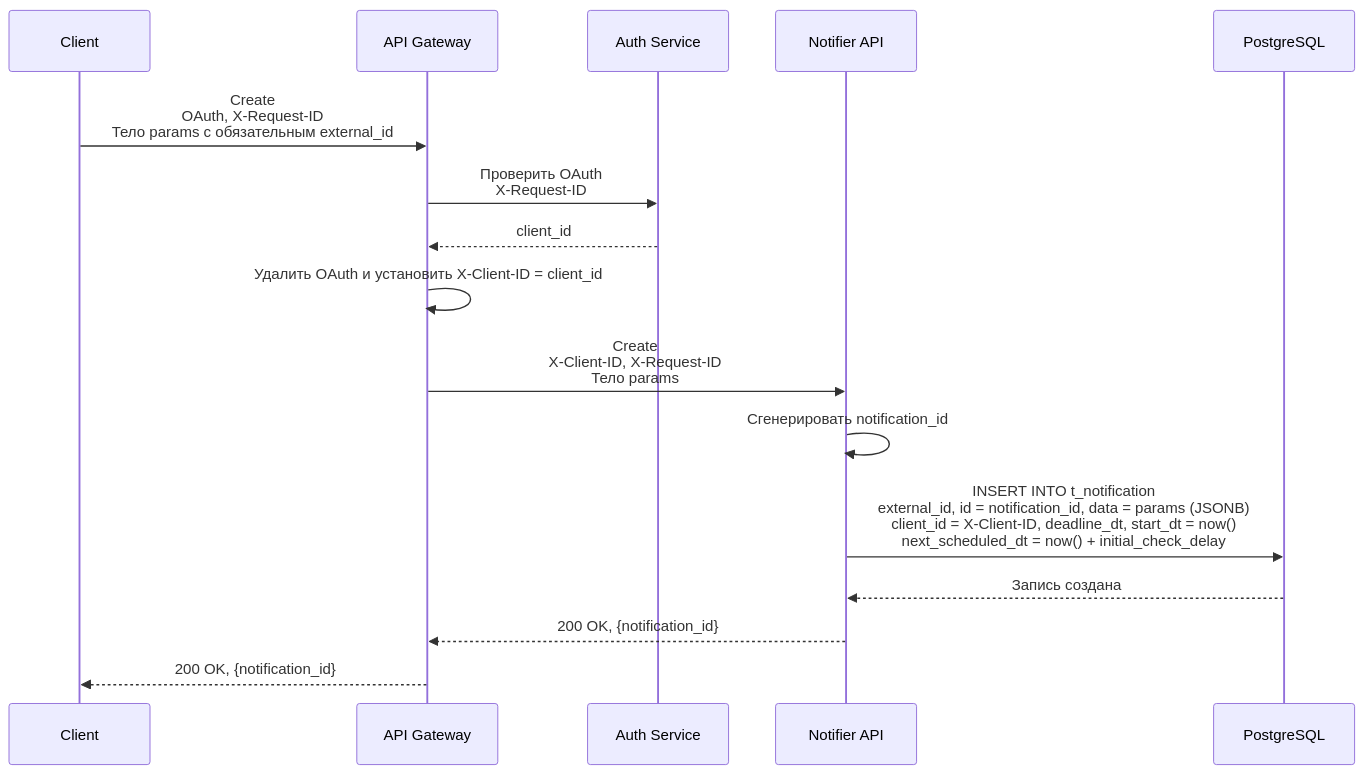
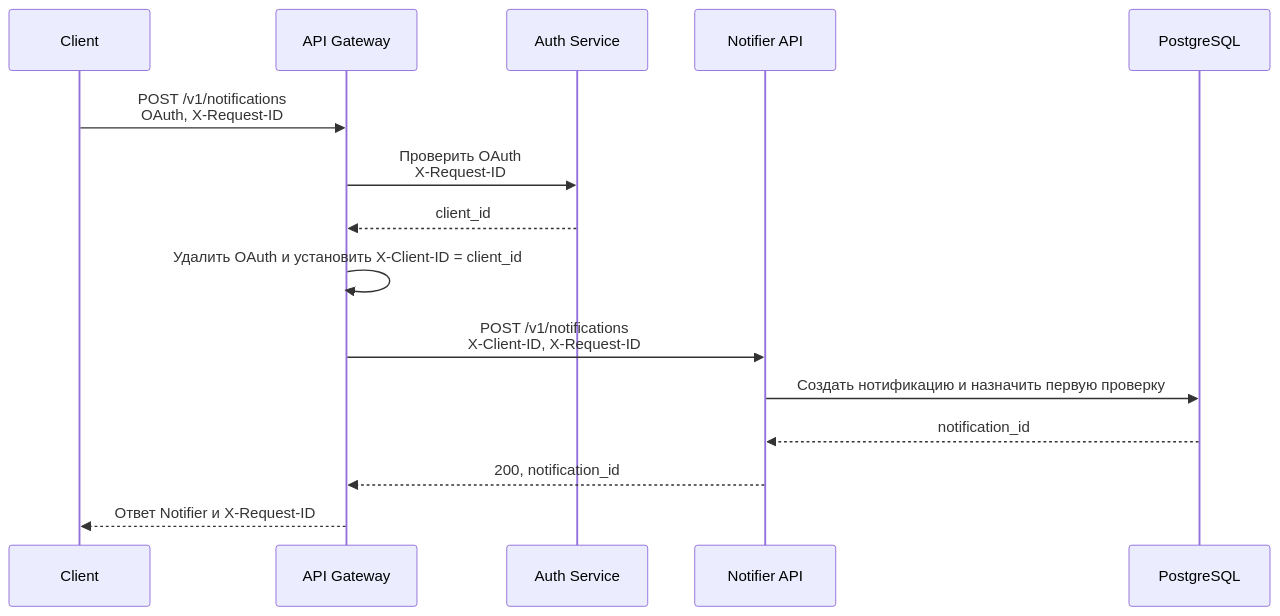
Before and after one commit to ssunshineguy/notifier: the first of 6 diagrams in README.md, drawn with Mermaid. The commit also changed other lines of this file, not shown here.

Commit message:
Update README diagrams and local development instructions

````diff
--- a/README.md
+++ b/README.md
@@ -36,19 +52,18 @@
 ```mermaid
 sequenceDiagram
     participant C as Client
     participant G as API Gateway
     participant A as Auth Service
     participant N as Notifier API
     participant DB as PostgreSQL
 
-    C->>G: Create<br/>OAuth, X-Request-ID<br/>Тело params с обязательным external_id
+    C->>G: POST /v1/notifications<br/>OAuth, X-Request-ID
     G->>A: Проверить OAuth<br/>X-Request-ID
     A-->>G: client_id
     G->>G: Удалить OAuth и установить X-Client-ID = client_id
-    G->>N: Create<br/>X-Client-ID, X-Request-ID<br/>Тело params
-    N->>N: Сгенерировать notification_id
-    N->>DB: INSERT INTO t_notification<br/>external_id, id = notification_id, data = params (JSONB)<br/>client_id = X-Client-ID, deadline_dt, start_dt = now()<br/>next_scheduled_dt = now() + initial_check_delay
-    DB-->>N: Запись создана
-    N-->>G: 200 OK, {notification_id}
-    G-->>C: 200 OK, {notification_id}
+    G->>N: POST /v1/notifications<br/>X-Client-ID, X-Request-ID
+    N->>DB: Создать нотификацию и назначить первую проверку
+    DB-->>N: notification_id
+    N-->>G: 200, notification_id
+    G-->>C: Ответ Notifier и X-Request-ID
 ```
````
